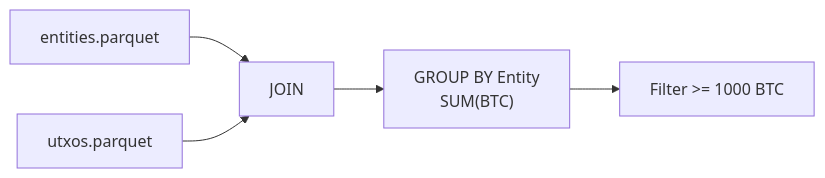
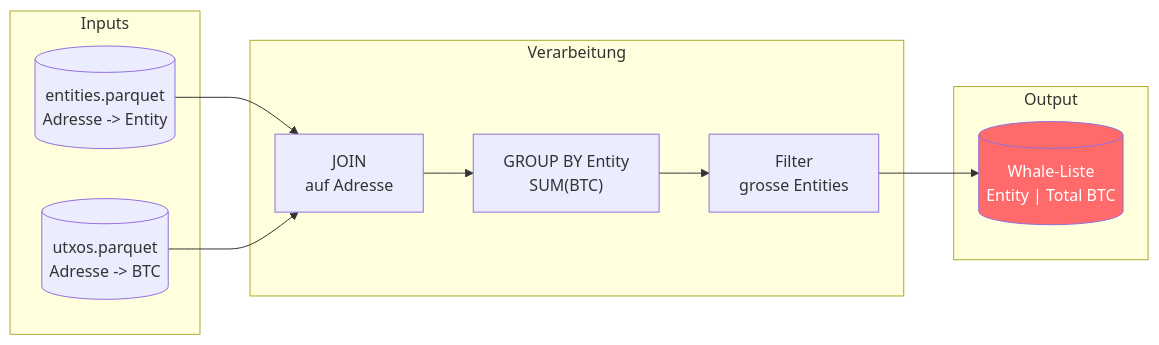
Diagram 13 of 15 in docs/architecture.md (RomanRnlt/bitcoin-whale-intelligence), drawn with Mermaid before and after one commit. The commit also changed other lines of this file and 4 other files, not shown here.

````diff
--- a/docs/architecture.md
+++ b/docs/architecture.md
@@ -180,7 +514,25 @@
 ```mermaid
 flowchart LR
-    E["entities.parquet"] --> J["JOIN"]
-    U["utxos.parquet"] --> J
-    J --> G["GROUP BY Entity<br/>SUM(BTC)"]
-    G --> F["Filter >= 1000 BTC"]
+    subgraph inputs["Inputs"]
+        E[("entities.parquet<br/>Adresse -> Entity")]
+        U[("utxos.parquet<br/>Adresse -> BTC")]
+    end
+
+    subgraph process["Verarbeitung"]
+        J["JOIN<br/>auf Adresse"]
+        G["GROUP BY Entity<br/>SUM(BTC)"]
+        F["Filter<br/>grosse Entities"]
+    end
+
+    subgraph output["Output"]
+        W[("Whale-Liste<br/>Entity | Total BTC")]
+    end
+
+    E --> J
+    U --> J
+    J --> G
+    G --> F
+    F --> W
+
+    style W fill:#ff6b6b,color:#fff
 ```
````
